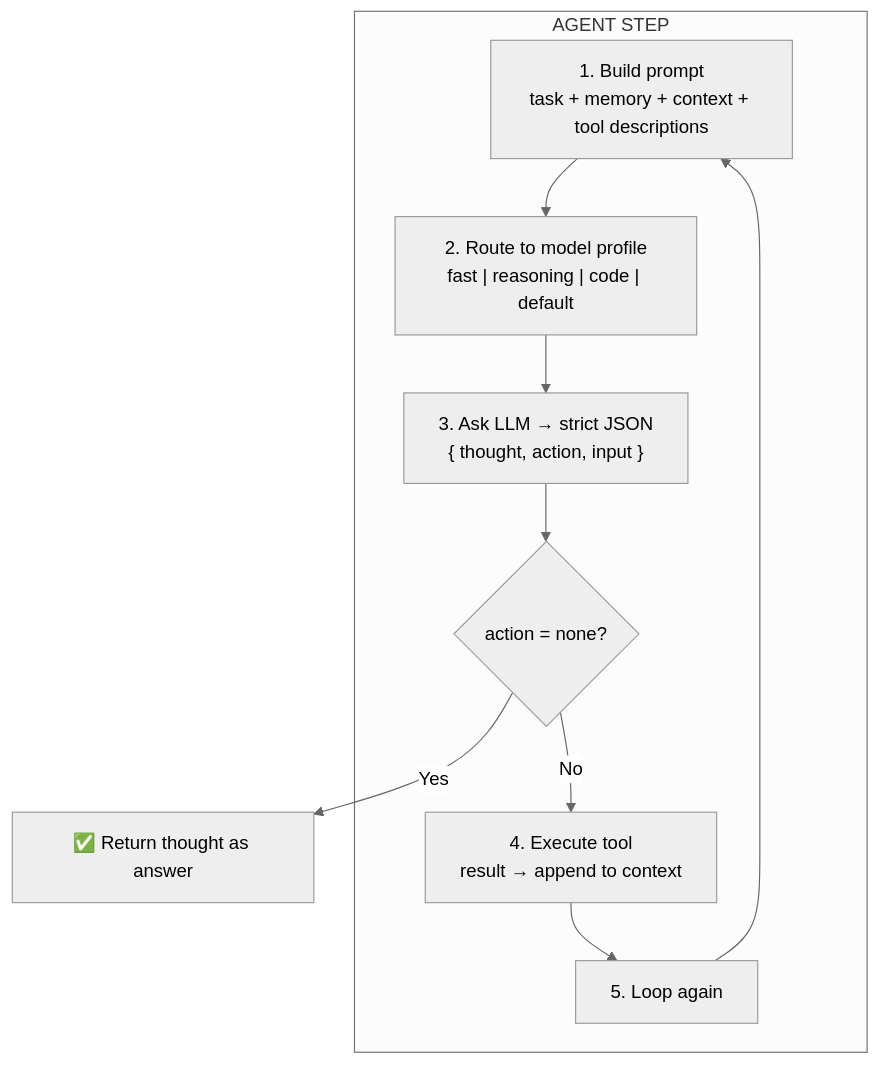
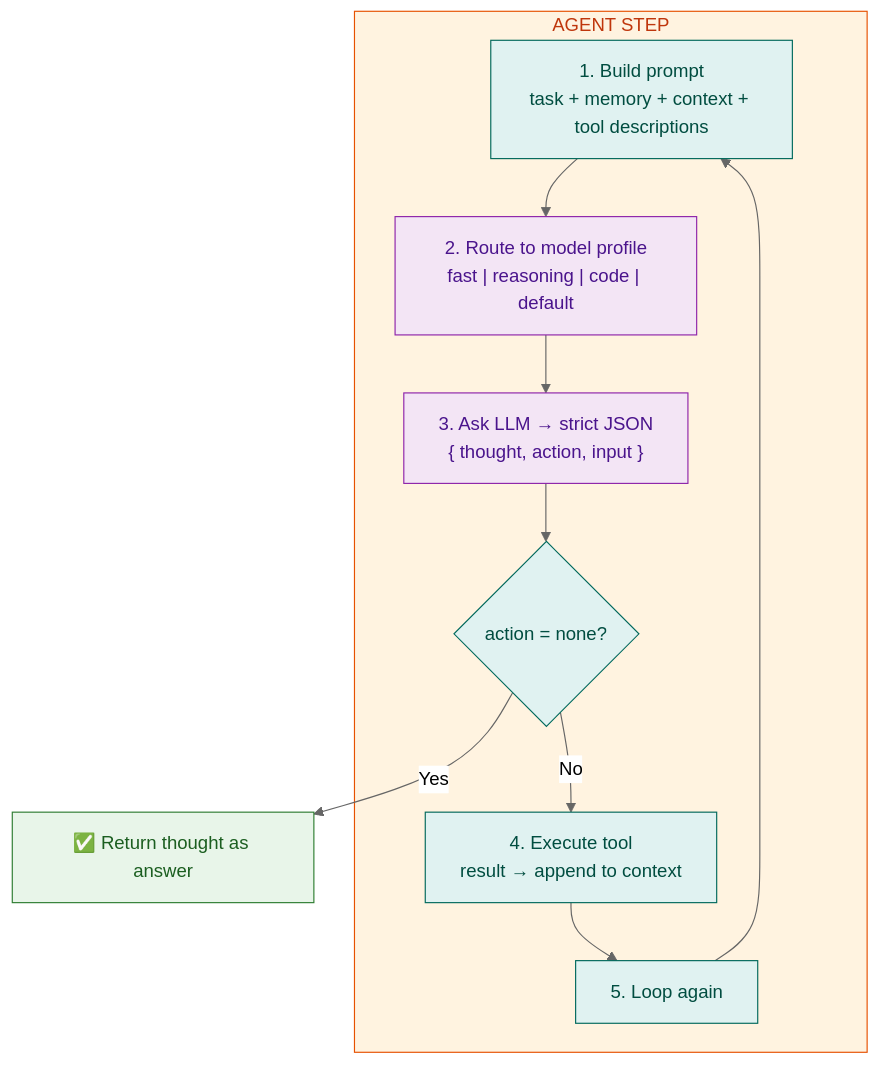
Before and after one commit to Guebbit/AI-coding-assistant: the second of 4 diagrams in docs/packages/agent.md, drawn with Mermaid (neutral theme). The commit also changed other lines of this file and 54 other files, not shown here.

First line of the commit message:
docs: add mermaid diagrams to quickstart & ollama-notes, color-code all flowcharts

````diff
--- a/docs/packages/agent.md
+++ b/docs/packages/agent.md
@@ -30,14 +32,22 @@
 ```mermaid
 flowchart TD
     subgraph Step["AGENT STEP"]
         S1["1. Build prompt\ntask + memory + context + tool descriptions"]
         S2["2. Route to model profile\nfast | reasoning | code | default"]
         S3["3. Ask LLM → strict JSON\n{ thought, action, input }"]
         S4{"action = none?"}
         S5["4. Execute tool\nresult → append to context"]
         S6["5. Loop again"]
     end
     S1 --> S2 --> S3 --> S4
     S4 -->|Yes| Done["✅ Return thought as answer"]
     S4 -->|No| S5 --> S6 --> S1
+    style Step fill:#fff3e0,stroke:#e65100,color:#bf360c
+    style S1 fill:#e0f2f1,stroke:#00695c,color:#004d40
+    style S2 fill:#f3e5f5,stroke:#8e24aa,color:#4a148c
+    style S3 fill:#f3e5f5,stroke:#8e24aa,color:#4a148c
+    style S5 fill:#e0f2f1,stroke:#00695c,color:#004d40
+    style S6 fill:#e0f2f1,stroke:#00695c,color:#004d40
+    style Done fill:#e8f5e9,stroke:#2e7d32,color:#1b5e20
+    style S4 fill:#e0f2f1,stroke:#00695c,color:#004d40
 ```
````
